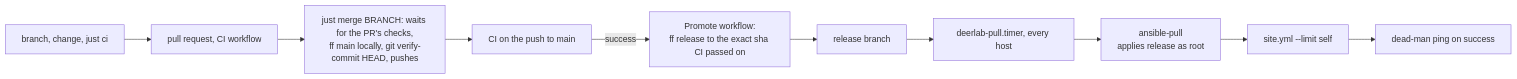
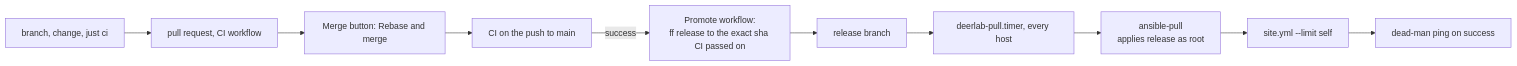
One commit to aryonoco/deerlab changed the second of 4 diagrams in docs/runbook.md. Above: the diagram before and after it, drawn with Mermaid. The commit also changed other lines of this file and 1 other file, not shown here.

First line of the commit message:
docs: land every pull request with GitHub's rebase merge

````diff
--- a/docs/runbook.md
+++ b/docs/runbook.md
@@ -118,12 +118,12 @@
 ```mermaid
 flowchart LR
   b["branch, change, just ci"] --> pr["pull request, CI workflow"]
-  pr --> m["just merge BRANCH: waits for the PR's checks,<br/>ff main locally, git verify-commit HEAD, pushes"]
+  pr --> m["Merge button: Rebase and merge"]
   m --> ci["CI on the push to main"]
   ci -->|"success"| pm["Promote workflow:<br/>ff release to the exact sha CI passed on"]
   pm --> rel["release branch"]
   rel --> t["deerlab-pull.timer, every host"]
   t --> ap["ansible-pull<br/>applies release as root"]
   ap --> site["site.yml --limit self"]
   site --> dm["dead-man ping on success"]
 ```
````
